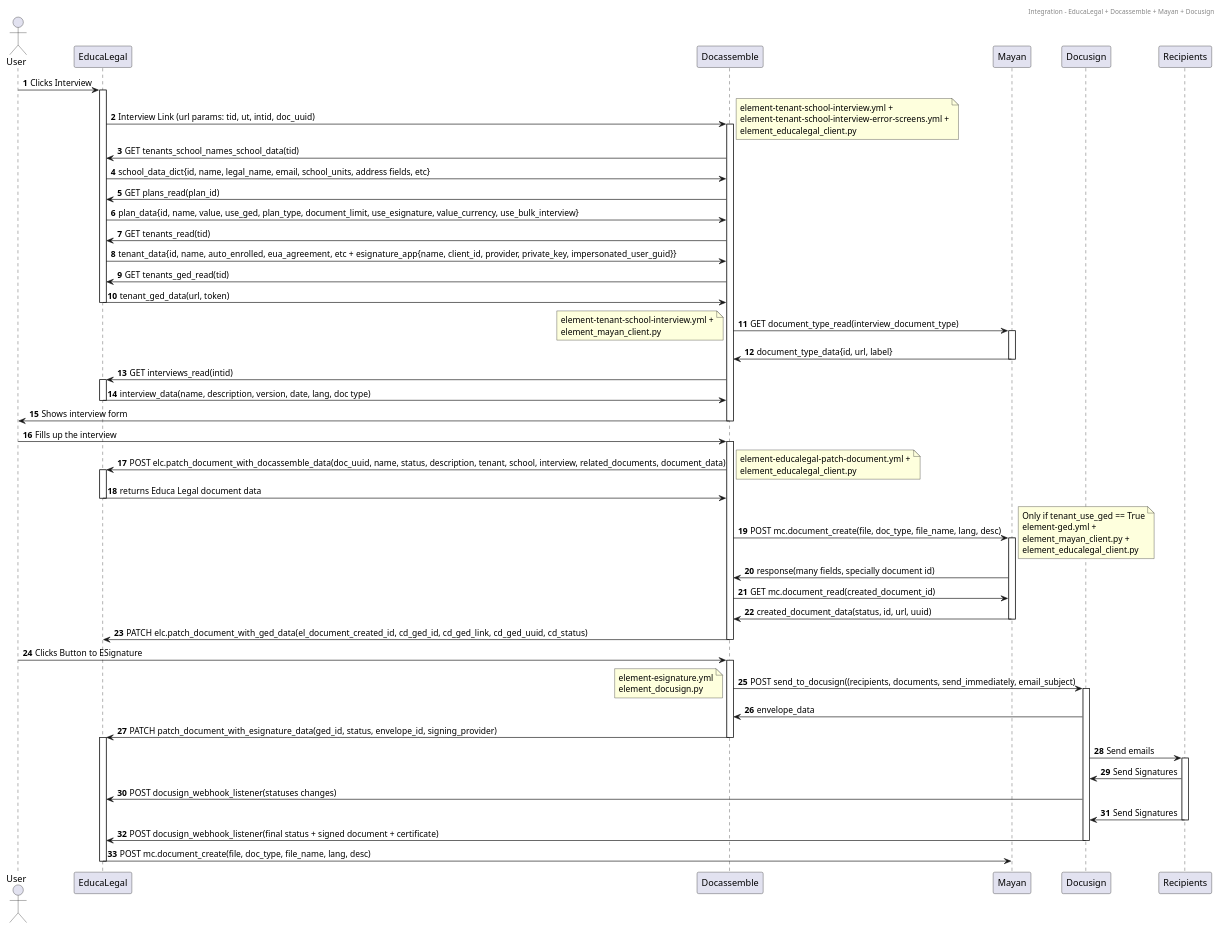
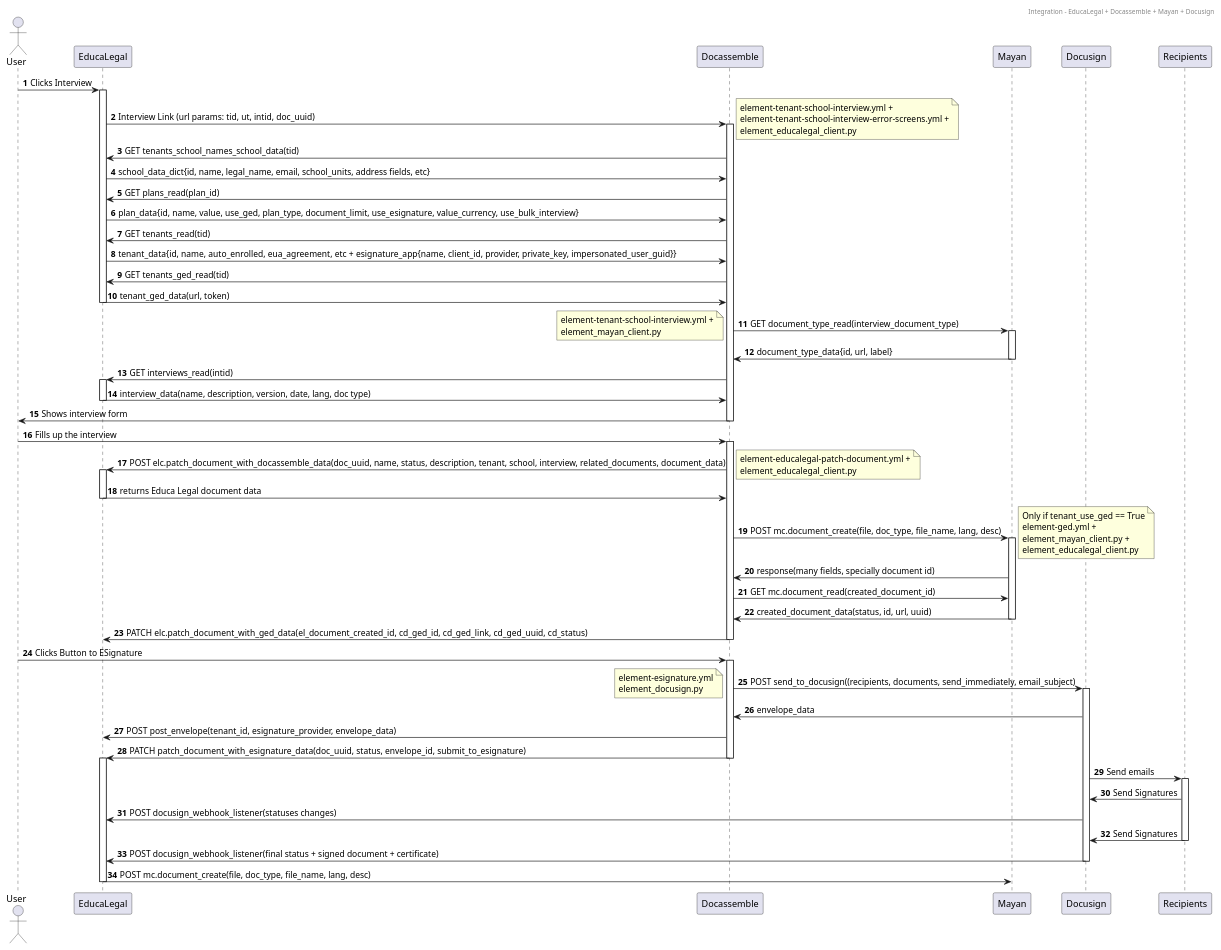
The diagram in fluxos/educalegal_api_seq_diagram.pu (rvnovaes/educalegal), drawn with PlantUML before and after one commit. The commit also changed 6 other files, not shown here.

```diff
--- a/fluxos/educalegal_api_seq_diagram.pu
+++ b/fluxos/educalegal_api_seq_diagram.pu
@@ -1,112 +1,113 @@
 @startuml
 header Integration - EducaLegal + Docassemble + Mayan + Docusign
 actor User
 autonumber
 
 User -> EducaLegal: Clicks Interview
 activate EducaLegal
 
 EducaLegal -> Docassemble: Interview Link (url params: tid, ut, intid, doc_uuid)
 activate Docassemble
 
 note right
 element-tenant-school-interview.yml +
 element-tenant-school-interview-error-screens.yml +
 element_educalegal_client.py
 end note
 
 Docassemble -> EducaLegal: GET tenants_school_names_school_data(tid)
 EducaLegal -> Docassemble: school_data_dict{id, name, legal_name, email, school_units, address fields, etc}
 
 Docassemble -> EducaLegal: GET plans_read(plan_id)
 EducaLegal -> Docassemble: plan_data{id, name, value, use_ged, plan_type, document_limit, use_esignature, value_currency, use_bulk_interview}
 
 Docassemble -> EducaLegal : GET tenants_read(tid)
 EducaLegal -> Docassemble: tenant_data{id, name, auto_enrolled, eua_agreement, etc + esignature_app{name, client_id, provider, private_key, impersonated_user_guid}}
 
 Docassemble -> EducaLegal: GET tenants_ged_read(tid)
 EducaLegal -> Docassemble: tenant_ged_data(url, token)
 deactivate EducaLegal
 
 Docassemble -> Mayan: GET document_type_read(interview_document_type)
 activate Mayan
 
 note left
 element-tenant-school-interview.yml +
 element_mayan_client.py
 end note
 
 Mayan -> Docassemble: document_type_data{id, url, label}
 deactivate Mayan
 
 Docassemble -> EducaLegal: GET interviews_read(intid)
 activate EducaLegal
 
 
 EducaLegal -> Docassemble: interview_data(name, description, version, date, lang, doc type)
 deactivate EducaLegal
 
 Docassemble -> User: Shows interview form
 deactivate Docassemble
 
 User -> Docassemble: Fills up the interview
 activate Docassemble
 
 Docassemble -> EducaLegal: POST elc.patch_document_with_docassemble_data(doc_uuid, name, status, description, tenant, school, interview, related_documents, document_data)
 activate EducaLegal
 
 
 note right
 element-educalegal-patch-document.yml +
 element_educalegal_client.py
 end note
 
 EducaLegal -> Docassemble: returns Educa Legal document data
 deactivate EducaLegal
 
 Docassemble -> Mayan: POST mc.document_create(file, doc_type, file_name, lang, desc)
 activate Mayan
 
 note right
 Only if tenant_use_ged == True
 element-ged.yml + 
 element_mayan_client.py +
 element_educalegal_client.py
 end note
 
 Mayan -> Docassemble: response(many fields, specially document id)
 Docassemble -> Mayan: GET mc.document_read(created_document_id)
 Mayan -> Docassemble: created_document_data(status, id, url, uuid)
 deactivate Mayan
 Docassemble -> EducaLegal: PATCH elc.patch_document_with_ged_data(el_document_created_id, cd_ged_id, cd_ged_link, cd_ged_uuid, cd_status)
 deactivate Docassemble
 User -> Docassemble: Clicks Button to ESignature
 activate Docassemble
 
 Docassemble -> Docusign: POST send_to_docusign((recipients, documents, send_immediately, email_subject)
 activate Docusign
 
 note left
 element-esignature.yml
 element_docusign.py
 end note
 
 
 Docusign -> Docassemble: envelope_data
-Docassemble -> EducaLegal: PATCH patch_document_with_esignature_data(ged_id, status, envelope_id, signing_provider)
+Docassemble -> EducaLegal: POST post_envelope(tenant_id, esignature_provider, envelope_data)
+Docassemble -> EducaLegal: PATCH patch_document_with_esignature_data(doc_uuid, status, envelope_id, submit_to_esignature)
 deactivate Docassemble
 activate EducaLegal
 
 Docusign -> Recipients: Send emails
 activate Recipients
 Recipients -> Docusign: Send Signatures
 Docusign -> EducaLegal: POST docusign_webhook_listener(statuses changes)
 Recipients -> Docusign: Send Signatures
 deactivate Recipients
 
 Docusign -> EducaLegal: POST docusign_webhook_listener(final status + signed document + certificate)
 deactivate Docusign
 
 EducaLegal -> Mayan: POST mc.document_create(file, doc_type, file_name, lang, desc)
 deactivate EducaLegal
 @enduml
```
